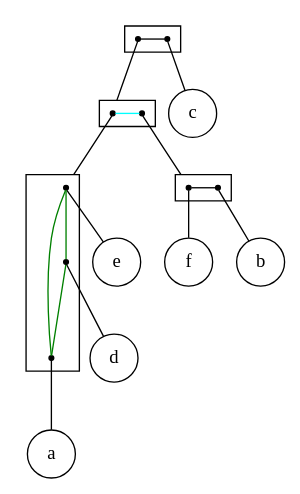
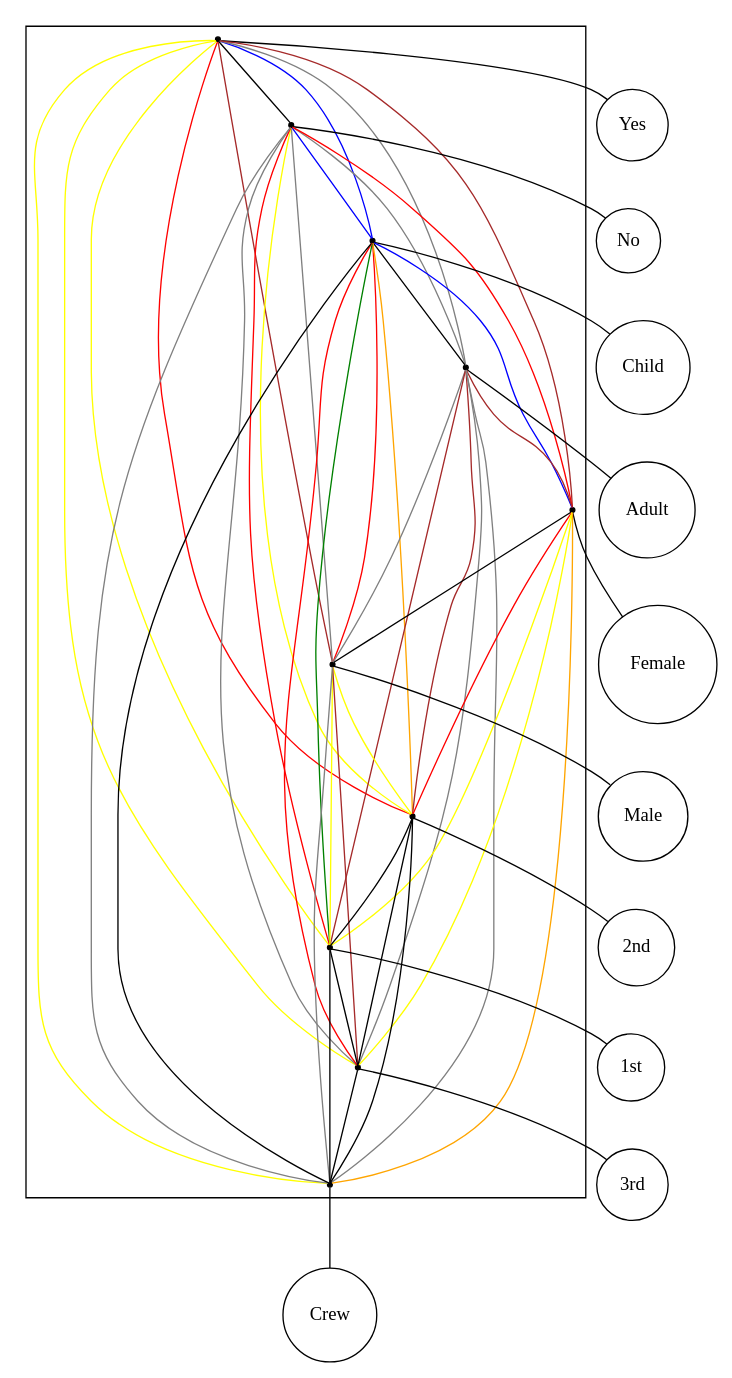
The diagram in src/final/exponential_2-structure.dot (lrodrin/TFG), drawn with Graphviz before and after one commit. The commit also changed 10 other files, not shown here.

```diff
--- a/src/final/exponential_2-structure.dot
+++ b/src/final/exponential_2-structure.dot
@@ -1,47 +1,76 @@
 strict digraph "exponential_2-structure" {
 compound=true;
 fontname=Verdana;
 fontsize=12;
 newrank=true;
 node [shape=circle];
-c;
-e;
-d;
-a;
-f;
-b;
-subgraph cluster_abdefc {
-rank=same;
+Yes;
+No;
+Child;
+Adult;
+Female;
+Male;
+"2nd";
+"1st";
+"3rd";
+Crew;
+subgraph cluster_ChildAdultFemaleYes1st2nd3rdNoMaleCrew {
 node [shape=point];
-s_abdef -> s_c  [arrowhead=none, color=black];
+s_Yes -> s_No  [arrowhead=none, color=black];
+s_Yes -> s_Child  [arrowhead=none, color=blue];
+s_Yes -> s_Adult  [arrowhead=none, color=grey];
+s_Yes -> s_Female  [arrowhead=none, color=brown];
+s_Yes -> s_Male  [arrowhead=none, color=brown];
+s_Yes -> s_2nd  [arrowhead=none, color=red];
+s_Yes -> s_1st  [arrowhead=none, color=yellow];
+s_Yes -> s_3rd  [arrowhead=none, color=yellow];
+s_Yes -> s_Crew  [arrowhead=none, color=yellow];
+s_No -> s_Child  [arrowhead=none, color=blue];
+s_No -> s_Adult  [arrowhead=none, color=grey];
+s_No -> s_Female  [arrowhead=none, color=red];
+s_No -> s_Male  [arrowhead=none, color=grey];
+s_No -> s_2nd  [arrowhead=none, color=yellow];
+s_No -> s_1st  [arrowhead=none, color=red];
+s_No -> s_3rd  [arrowhead=none, color=grey];
+s_No -> s_Crew  [arrowhead=none, color=grey];
+s_Child -> s_Adult  [arrowhead=none, color=black];
+s_Child -> s_Female  [arrowhead=none, color=blue];
+s_Child -> s_Male  [arrowhead=none, color=red];
+s_Child -> s_2nd  [arrowhead=none, color=orange];
+s_Child -> s_1st  [arrowhead=none, color=green];
+s_Child -> s_3rd  [arrowhead=none, color=red];
+s_Child -> s_Crew  [arrowhead=none, color=black];
+s_Adult -> s_Female  [arrowhead=none, color=brown];
+s_Adult -> s_Male  [arrowhead=none, color=grey];
+s_Adult -> s_2nd  [arrowhead=none, color=brown];
+s_Adult -> s_1st  [arrowhead=none, color=brown];
+s_Adult -> s_3rd  [arrowhead=none, color=grey];
+s_Adult -> s_Crew  [arrowhead=none, color=grey];
+s_Female -> s_Male  [arrowhead=none, color=black];
+s_Female -> s_2nd  [arrowhead=none, color=red];
+s_Female -> s_1st  [arrowhead=none, color=yellow];
+s_Female -> s_3rd  [arrowhead=none, color=yellow];
+s_Female -> s_Crew  [arrowhead=none, color=orange];
+s_Male -> s_2nd  [arrowhead=none, color=yellow];
+s_Male -> s_1st  [arrowhead=none, color=yellow];
+s_Male -> s_3rd  [arrowhead=none, color=brown];
+s_Male -> s_Crew  [arrowhead=none, color=grey];
+s_2nd -> s_1st  [arrowhead=none, color=black];
+s_2nd -> s_3rd  [arrowhead=none, color=black];
+s_2nd -> s_Crew  [arrowhead=none, color=black];
+s_1st -> s_3rd  [arrowhead=none, color=black];
+s_1st -> s_Crew  [arrowhead=none, color=black];
+s_3rd -> s_Crew  [arrowhead=none, color=black];
 }
 
-subgraph cluster_abdef {
-rank=same;
-node [shape=point];
-s_dea -> s_bf  [arrowhead=none, color=cyan];
+s_Yes -> Yes  [arrowhead=none];
+s_No -> No  [arrowhead=none];
+s_Child -> Child  [arrowhead=none];
+s_Adult -> Adult  [arrowhead=none];
+s_Female -> Female  [arrowhead=none];
+s_Male -> Male  [arrowhead=none];
+s_2nd -> "2nd"  [arrowhead=none];
+s_1st -> "1st"  [arrowhead=none];
+s_3rd -> "3rd"  [arrowhead=none];
+s_Crew -> Crew  [arrowhead=none];
 }
-
-subgraph cluster_dea {
-node [shape=point];
-s_e -> s_d  [arrowhead=none, color=green];
-s_e -> s_a  [arrowhead=none, color=green];
-s_d -> s_a  [arrowhead=none, color=green];
-}
-
-subgraph cluster_bf {
-rank=same;
-node [shape=point];
-s_f -> s_b  [arrowhead=none, color=black];
-}
-
-s_abdef -> s_dea  [arrowhead=none, lhead=cluster_abdef];
-s_c -> c  [arrowhead=none];
-s_dea -> s_e  [arrowhead=none, lhead=cluster_dea];
-s_bf -> s_f  [arrowhead=none, lhead=cluster_bf];
-s_e -> e  [arrowhead=none];
-s_d -> d  [arrowhead=none];
-s_a -> a  [arrowhead=none];
-s_f -> f  [arrowhead=none];
-s_b -> b  [arrowhead=none];
-}
```
